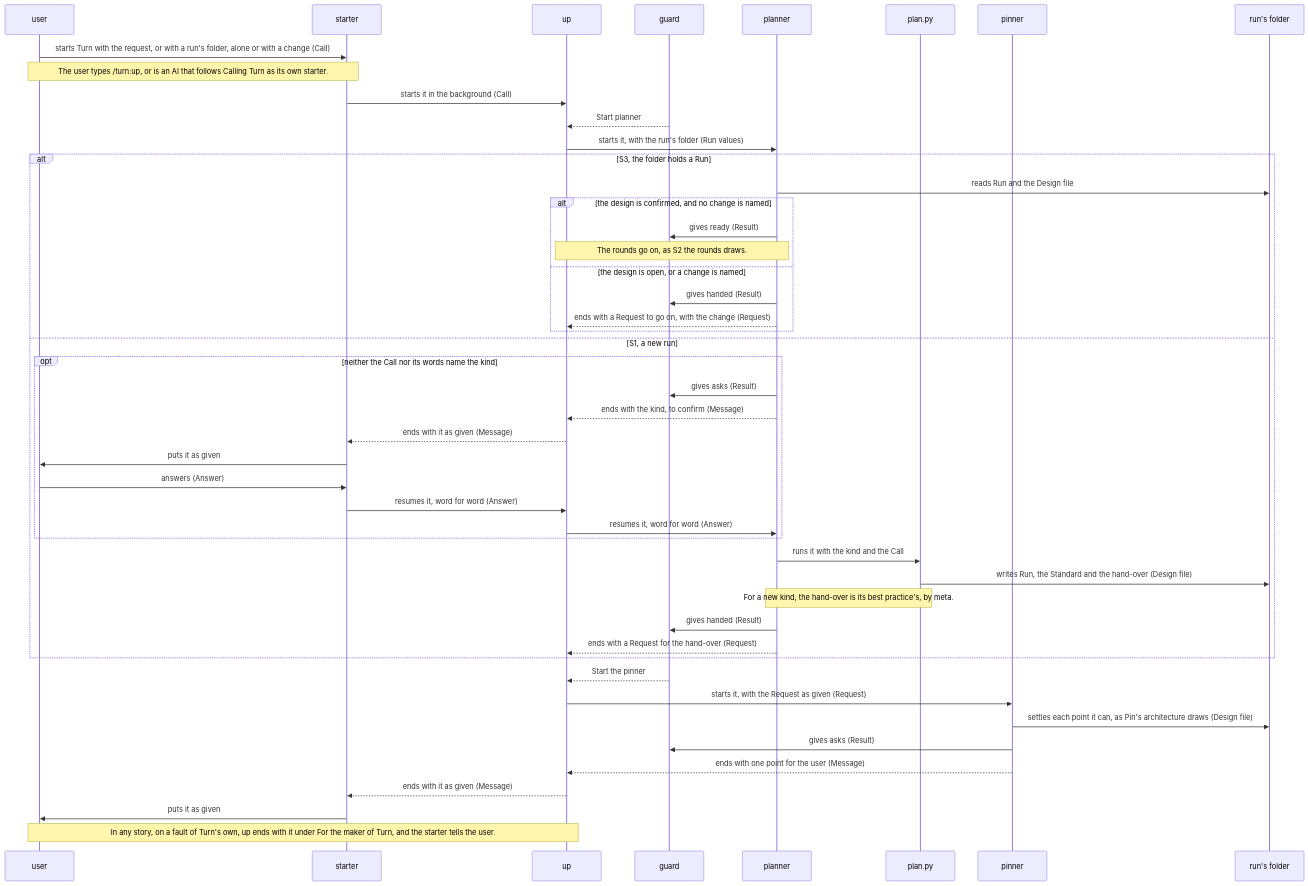
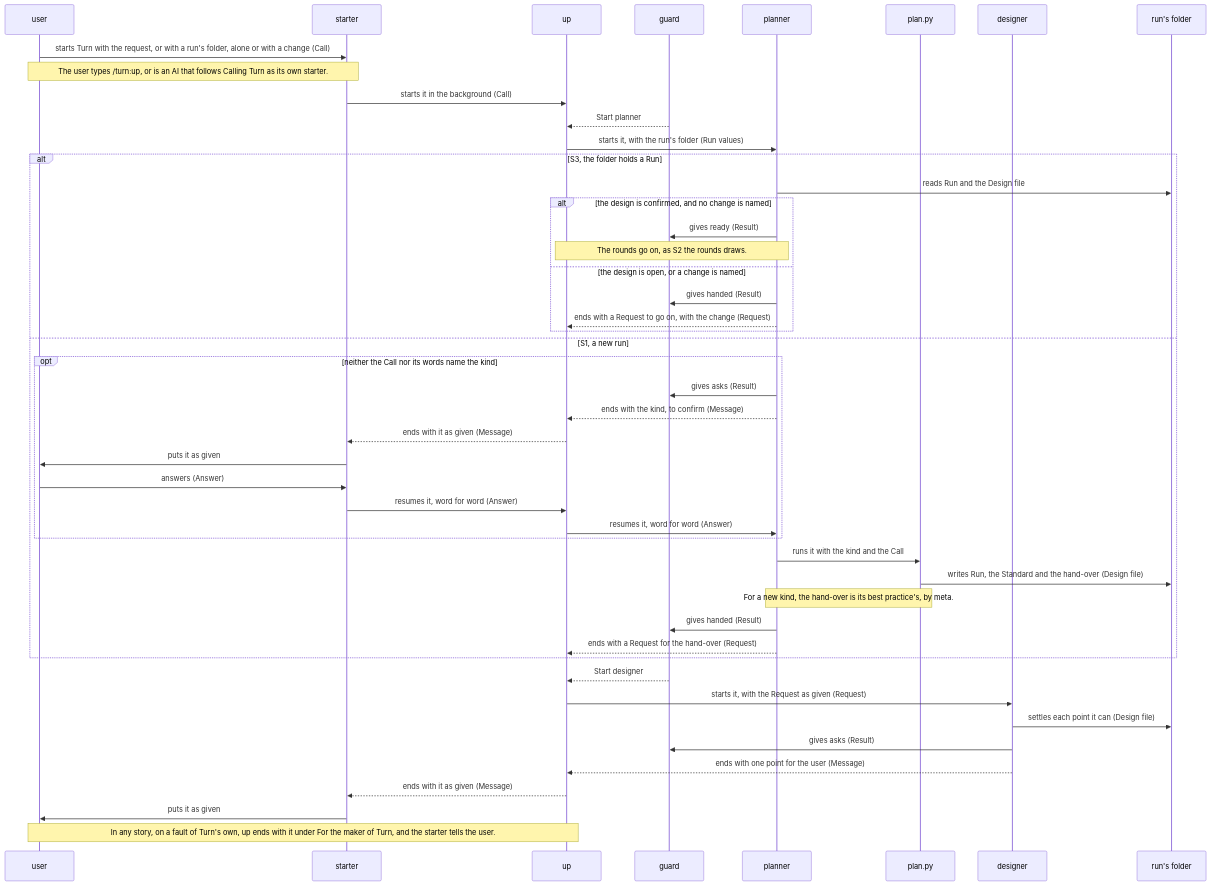
Before and after one commit to lovaizu/ccpm: the first of 3 diagrams in dev/turn/architecture.md, drawn with Mermaid. The commit also changed other lines of this file and 16 other files, not shown here.

````diff
--- a/dev/turn/architecture.md
+++ b/dev/turn/architecture.md
@@ -231,49 +232,49 @@
 ```mermaid
 sequenceDiagram
   participant R as user
   participant ST as starter
   participant U as up
   participant G as guard
   participant PL as planner
   participant PS as plan.py
-  participant PN as pinner
+  participant PN as designer
   participant F as run's folder
   R->>ST: starts Turn with the request, or with a run's folder, alone or with a change (Call)
   Note over R,ST: The user types /turn:up, or is an AI that follows Calling Turn as its own starter.
   ST->>U: starts it in the background (Call)
   G-->>U: Start planner
   U->>PL: starts it, with the run's folder (Run values)
   alt S3, the folder holds a Run
     PL->>F: reads Run and the Design file
     alt the design is confirmed, and no change is named
       PL->>G: gives ready (Result)
       Note over U,PL: The rounds go on, as S2 the rounds draws.
     else the design is open, or a change is named
       PL->>G: gives handed (Result)
       PL-->>U: ends with a Request to go on, with the change (Request)
     end
   else S1, a new run
     opt neither the Call nor its words name the kind
       PL->>G: gives asks (Result)
       PL-->>U: ends with the kind, to confirm (Message)
       U-->>ST: ends with it as given (Message)
       ST->>R: puts it as given
       R->>ST: answers (Answer)
       ST->>U: resumes it, word for word (Answer)
       U->>PL: resumes it, word for word (Answer)
     end
     PL->>PS: runs it with the kind and the Call
     PS->>F: writes Run, the Standard and the hand-over (Design file)
     Note over PL,PS: For a new kind, the hand-over is its best practice's, by meta.
     PL->>G: gives handed (Result)
     PL-->>U: ends with a Request for the hand-over (Request)
   end
-  G-->>U: Start the pinner
+  G-->>U: Start designer
   U->>PN: starts it, with the Request as given (Request)
-  PN->>F: settles each point it can, as Pin's architecture draws (Design file)
+  PN->>F: settles each point it can (Design file)
   PN->>G: gives asks (Result)
   PN-->>U: ends with one point for the user (Message)
   U-->>ST: ends with it as given (Message)
   ST->>R: puts it as given
   Note over R,U: In any story, on a fault of Turn's own, up ends with it under For the maker of Turn, and the starter tells the user.
 ```
````
